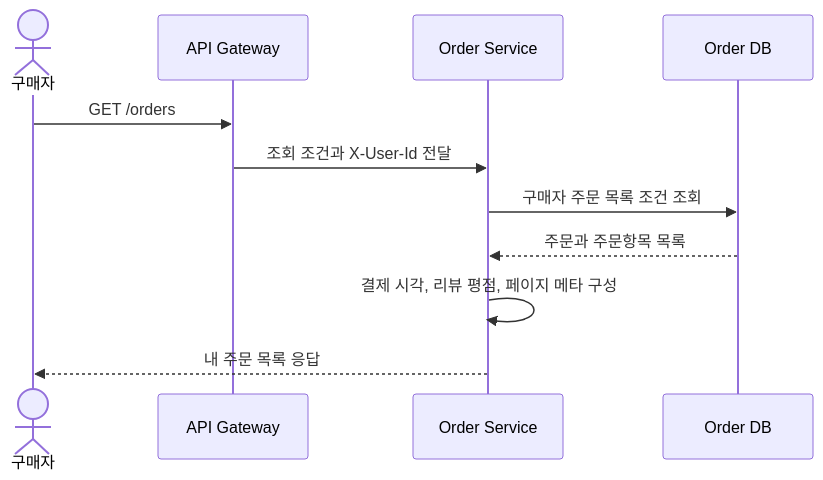
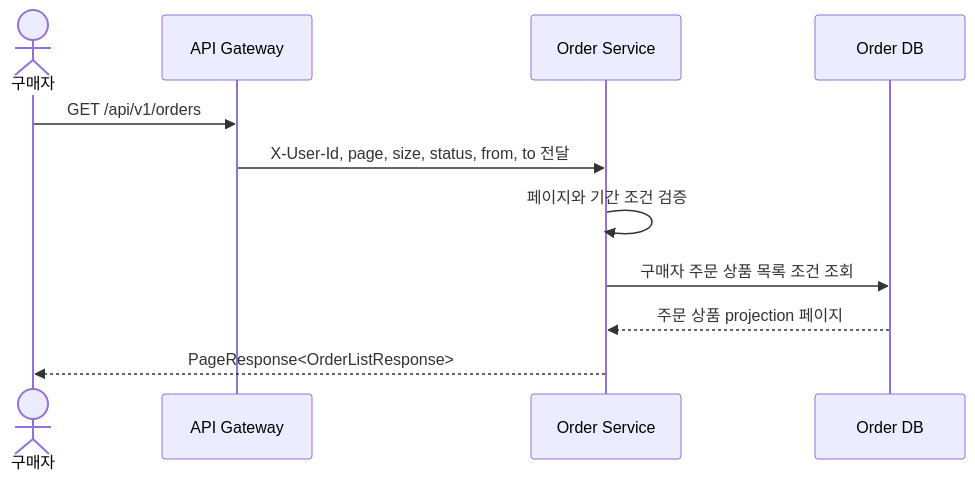
Before and after one commit to prgrms-be-adv-devcourse/beadv6_6_3JMT_BE: the fifth of 15 diagrams in docs/architecture/order-usecase-detail.md, drawn with Mermaid. The commit also changed other lines of this file and 3 other files, not shown here.

````diff
--- a/docs/architecture/order-usecase-detail.md
+++ b/docs/architecture/order-usecase-detail.md
@@ -198,14 +164,14 @@
 ```mermaid
 sequenceDiagram
     actor Buyer as 구매자
     participant Gateway as API Gateway
     participant Order as Order Service
     participant DB as Order DB
 
-    Buyer->>Gateway: GET /orders
-    Gateway->>Order: 조회 조건과 X-User-Id 전달
-    Order->>DB: 구매자 주문 목록 조건 조회
-    DB-->>Order: 주문과 주문항목 목록
-    Order->>Order: 결제 시각, 리뷰 평점, 페이지 메타 구성
-    Order-->>Buyer: 내 주문 목록 응답
+    Buyer->>Gateway: GET /api/v1/orders
+    Gateway->>Order: X-User-Id, page, size, status, from, to 전달
+    Order->>Order: 페이지와 기간 조건 검증
+    Order->>DB: 구매자 주문 상품 목록 조건 조회
+    DB-->>Order: 주문 상품 projection 페이지
+    Order-->>Buyer: PageResponse<OrderListResponse>
 ```
````
